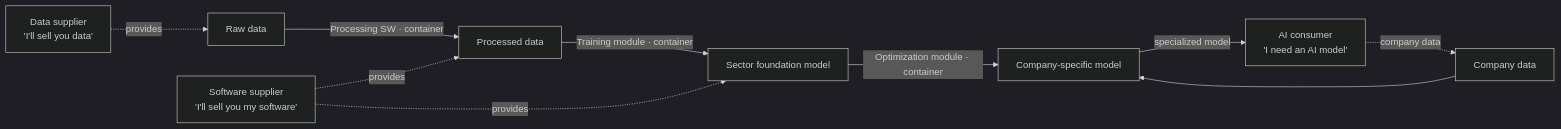
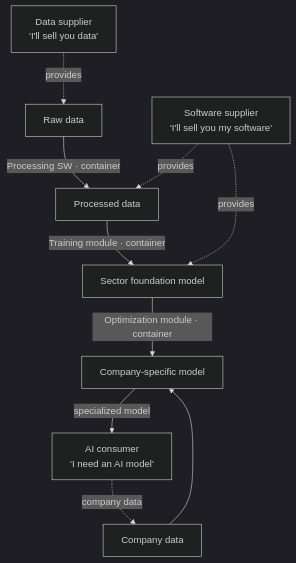
Before and after one commit to seungwooketi/seungwooketi.github.io: the diagram in _posts/2026-06-29-industrial-ai-data-factory.md, drawn with Mermaid (dark theme). The commit also changed 1 other file, not shown here.

Commit message:
style(post): Data Lake 처리 플로우 mermaid를 세로(TB) 레이아웃으로
좁은 본문 칼럼에서 가로(LR)보다 노드·라벨이 크게 잡히도록 TB로 전환. KO/EN 모두.

````diff
--- a/_posts/2026-06-29-industrial-ai-data-factory.md
+++ b/_posts/2026-06-29-industrial-ai-data-factory.md
@@ -141,12 +141,12 @@
 ```mermaid
-flowchart LR
+flowchart TB
   RD["Raw data"] -- "Processing SW · container" --> PD["Processed data"]
   PD -- "Training module · container" --> SFM["Sector foundation model"]
   SFM -- "Optimization module · container" --> CFM["Company-specific model"]
   ED["Company data"] --> CFM
   DP["Data supplier<br/>'I'll sell you data'"] -. provides .-> RD
   SP["Software supplier<br/>'I'll sell you my software'"] -. provides .-> PD
   SP -. provides .-> SFM
   AIC["AI consumer<br/>'I need an AI model'"] -. company data .-> ED
   CFM -- "specialized model" --> AIC
 ```
````
